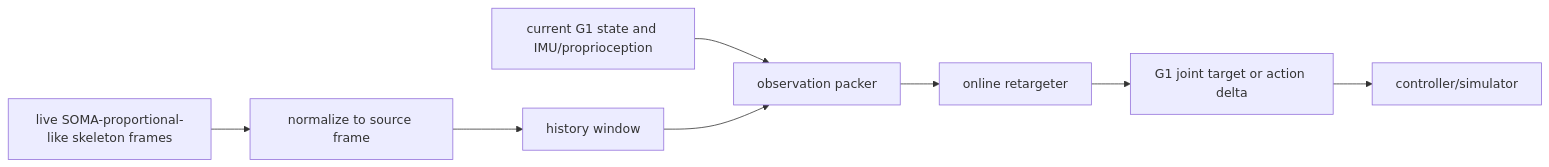
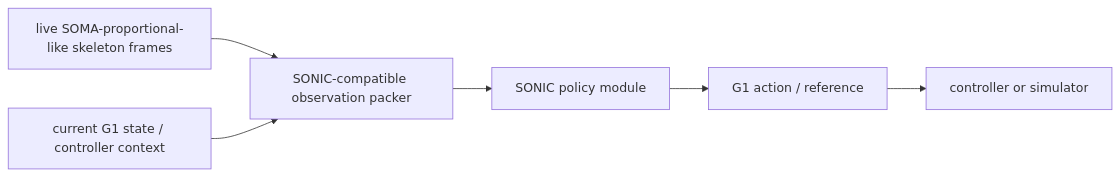
One commit to Lr-2002/OnlineRetarget_Sonic changed the second of 2 diagrams in docs/architecture.md. Above: the diagram before and after it, drawn with Mermaid. The commit also changed other lines of this file and 3 other files, not shown here.

First line of the commit message:
Keep proportional retargeting on SONIC

````diff
--- a/docs/architecture.md
+++ b/docs/architecture.md
@@ -32,10 +41,8 @@
 ```mermaid
 flowchart LR
-    A[live SOMA-proportional-like skeleton frames] --> B[normalize to source frame]
-    B --> C[history window]
-    D[current G1 state and IMU/proprioception] --> E[observation packer]
-    C --> E
-    E --> F[online retargeter]
-    F --> G[G1 joint target or action delta]
-    G --> H[controller/simulator]
+    A[live SOMA-proportional-like skeleton frames] --> B[SONIC-compatible observation packer]
+    C[current G1 state / controller context] --> B
+    B --> D[SONIC policy module]
+    D --> E[G1 action / reference]
+    E --> F[controller or simulator]
 ```
````
